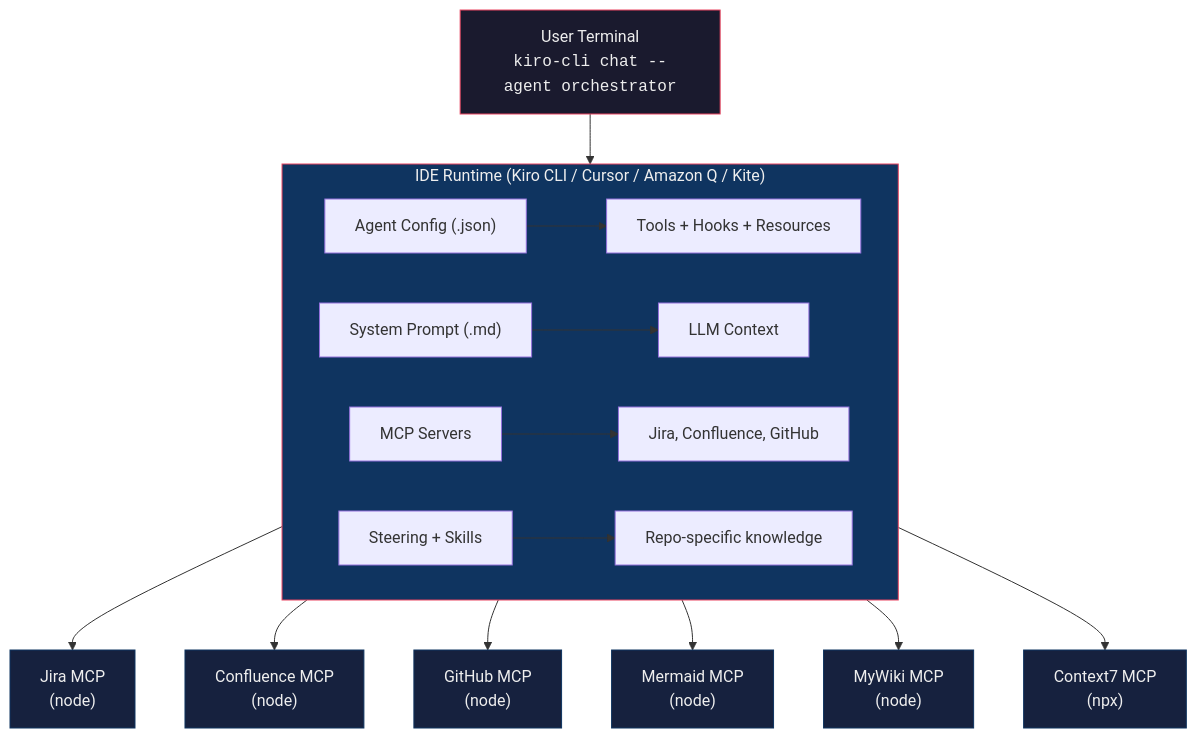
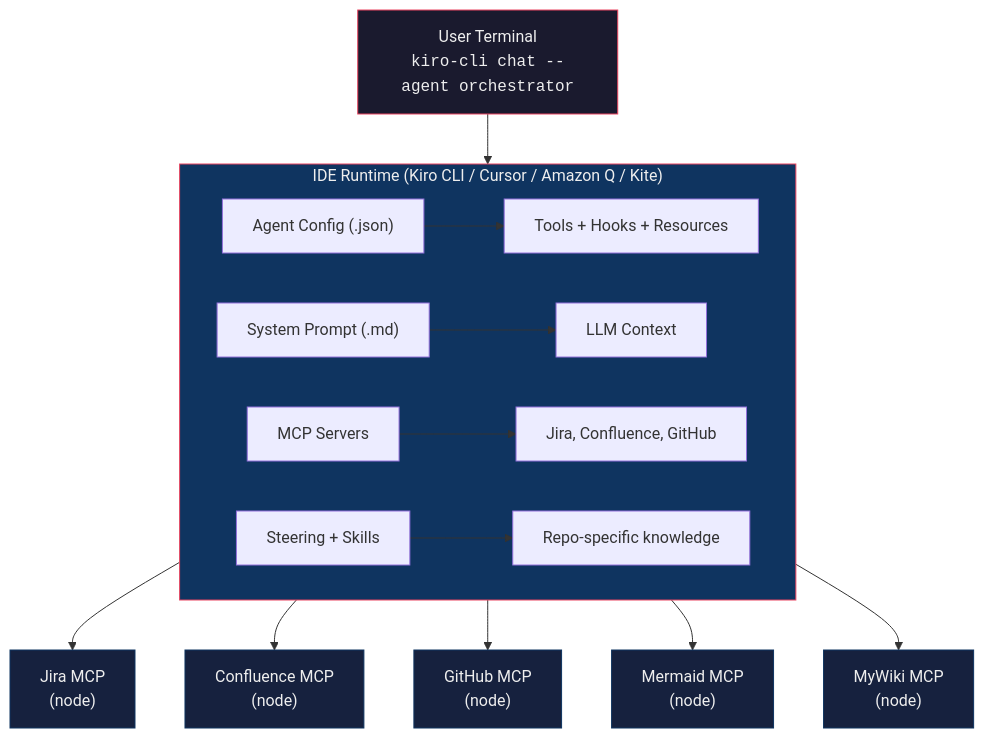
One commit to rsanchez-disney/steer-runtime changed the third of 4 diagrams in docs/PROJECT_OVERVIEW.md. Above: the diagram before and after it, drawn with Mermaid. The commit also changed 22 other files, not shown here.

First line of the commit message:
feat: remove context7 MCP — blocked at Disney

````diff
--- a/docs/PROJECT_OVERVIEW.md
+++ b/docs/PROJECT_OVERVIEW.md
@@ -144,29 +144,27 @@
 ```mermaid
 graph TD
     terminal["User Terminal<br/><code>kiro-cli chat --agent orchestrator</code>"]
 
     terminal --> runtime
 
     subgraph runtime["IDE Runtime (Kiro CLI / Cursor / Amazon Q / Kite)"]
         config["Agent Config (.json)"] --> tools["Tools + Hooks + Resources"]
         prompt["System Prompt (.md)"] --> llm["LLM Context"]
         mcpcfg["MCP Servers"] --> integrations["Jira, Confluence, GitHub"]
         steering["Steering + Skills"] --> knowledge["Repo-specific knowledge"]
     end
 
     runtime --> jira["Jira MCP<br/>(node)"]
     runtime --> confluence["Confluence MCP<br/>(node)"]
     runtime --> github["GitHub MCP<br/>(node)"]
     runtime --> mermaid["Mermaid MCP<br/>(node)"]
     runtime --> mywiki["MyWiki MCP<br/>(node)"]
-    runtime --> context7["Context7 MCP<br/>(npx)"]
 
     style terminal fill:#1a1a2e,stroke:#e94560,color:#eee
     style runtime fill:#0f3460,stroke:#e94560,color:#eee
     style jira fill:#16213e,stroke:#0f3460,color:#eee
     style confluence fill:#16213e,stroke:#0f3460,color:#eee
     style github fill:#16213e,stroke:#0f3460,color:#eee
     style mermaid fill:#16213e,stroke:#0f3460,color:#eee
     style mywiki fill:#16213e,stroke:#0f3460,color:#eee
-    style context7 fill:#16213e,stroke:#0f3460,color:#eee
 ```
````
